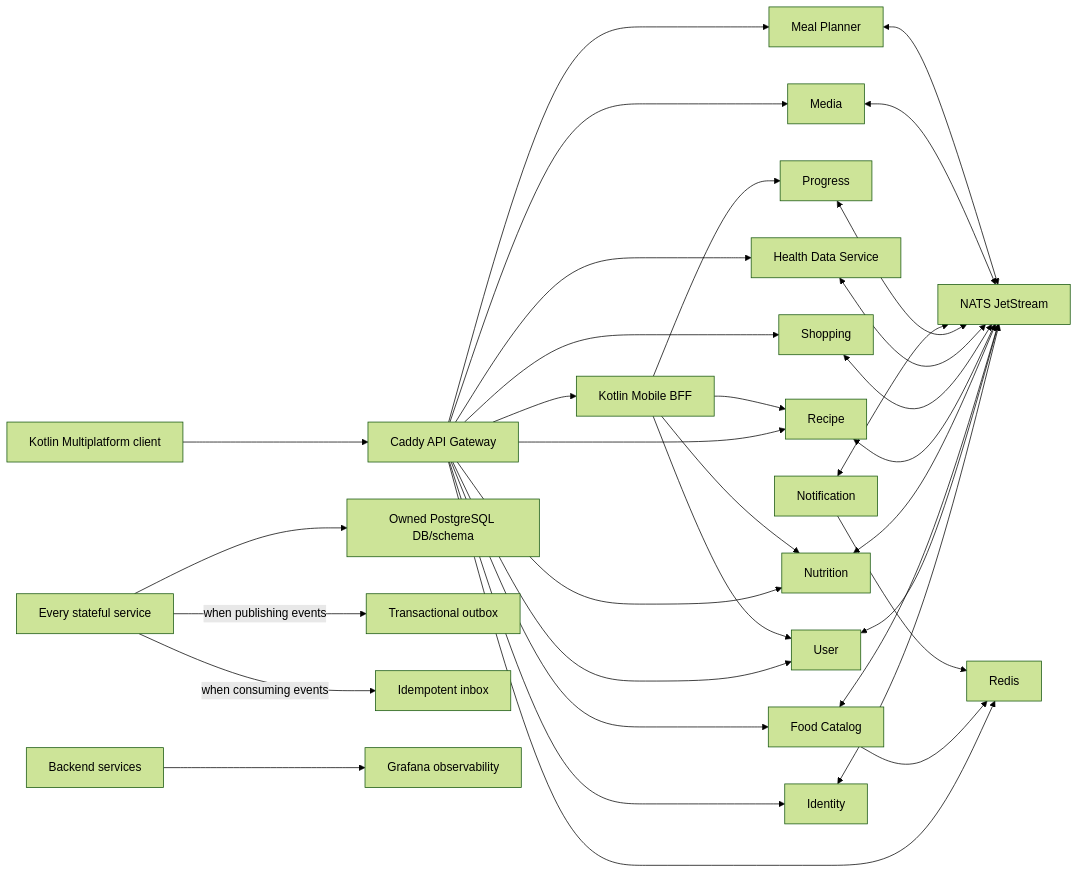
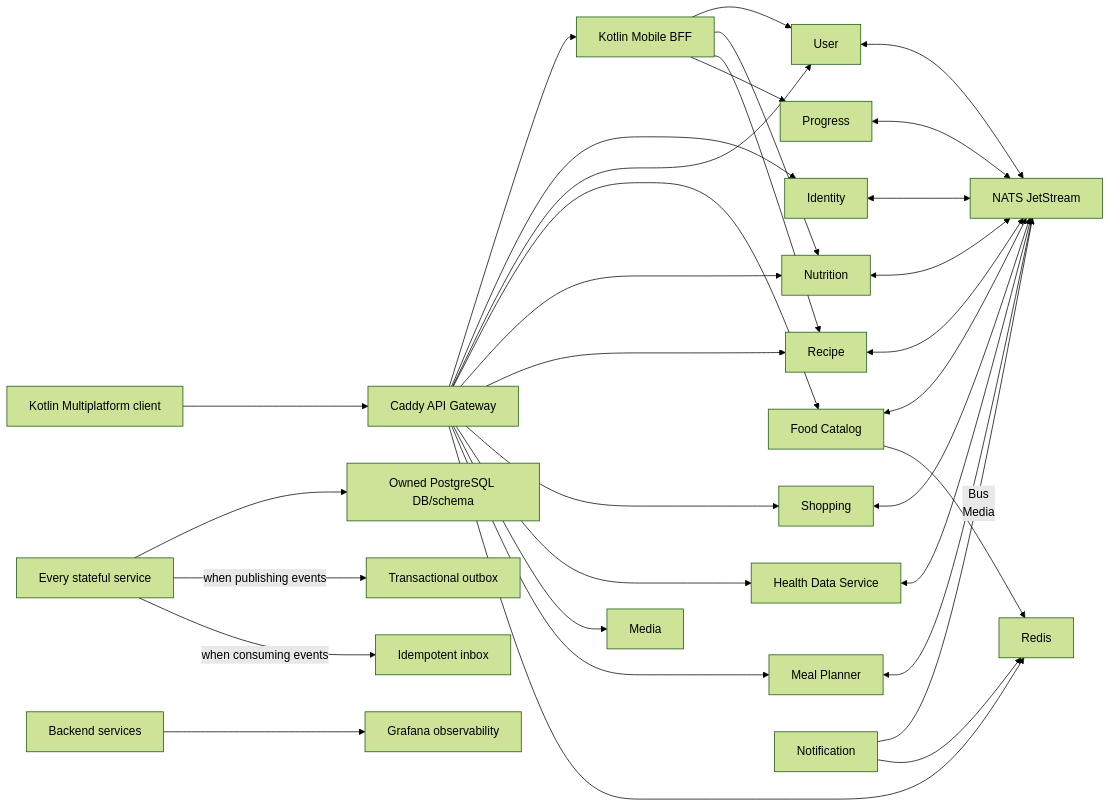
One commit to COOKieProjectTeam/cookie changed the first of 2 diagrams in docs/architecture/overview.md. Above: the diagram before and after it, drawn with Mermaid (forest theme). The commit also changed other lines of this file and 139 other files, not shown here.

Commit message:
Implement Notification service and interactive architecture atlas

````diff
--- a/docs/architecture/overview.md
+++ b/docs/architecture/overview.md
@@ -8,40 +8,40 @@
 ```mermaid
 flowchart LR
     Client["Kotlin Multiplatform client"] --> Gateway["Caddy API Gateway"]
     Gateway --> BFF["Kotlin Mobile BFF"]
     Gateway --> Identity
     Gateway --> User
     Gateway --> FoodCatalog["Food Catalog"]
     Gateway --> Nutrition
     Gateway --> Recipe
     Gateway --> Shopping
     Gateway --> HealthData["Health Data Service"]
     Gateway --> Media
     Gateway --> MealPlanner["Meal Planner"]
 
     BFF --> User
     BFF --> Nutrition
     BFF --> Recipe
     BFF --> Progress
 
     Identity <--> Bus["NATS JetStream"]
     User <--> Bus
     FoodCatalog <--> Bus
     Nutrition <--> Bus
     Recipe <--> Bus
     Shopping <--> Bus
     HealthData <--> Bus
     Progress <--> Bus
-    Notification <--> Bus
+    Notification <-- Bus
     Media <--> Bus
     MealPlanner <--> Bus
 
     DomainServices["Every stateful service"] --> PG["Owned PostgreSQL DB/schema"]
     DomainServices -->|when publishing events| Outbox["Transactional outbox"]
     DomainServices -->|when consuming events| Inbox["Idempotent inbox"]
 
     Gateway --> Redis
     FoodCatalog --> Redis
     Notification --> Redis
     Services["Backend services"] --> Grafana["Grafana observability"]
 ```
````
